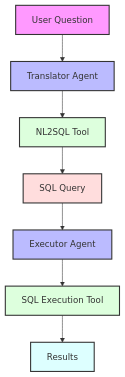
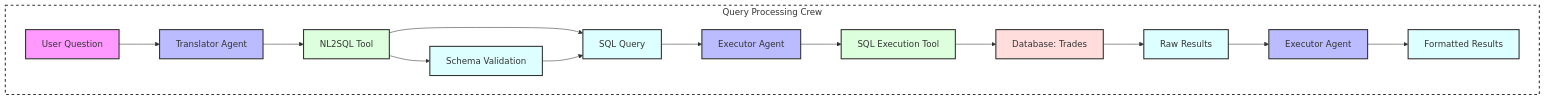
The third of 3 diagrams in README.md (wrdhall3/data-quality-agentic-crew-ai), drawn with Mermaid before and after one commit. The commit also changed other lines of this file, not shown here.

````diff
--- a/README.md
+++ b/README.md
@@ -131,17 +150,31 @@
 ```mermaid
 graph TD
-    A[User Question] --> B[Translator Agent]
-    B --> C[NL2SQL Tool]
-    C --> D[SQL Query]
-    D --> E[Executor Agent]
-    E --> F[SQL Execution Tool]
-    F --> G[Results]
+    subgraph Crew[Query Processing Crew]
+        A[User Question] --> B[Translator Agent]
+        B --> C[NL2SQL Tool]
+        C --> D[SQL Query]
+        D --> E[Executor Agent]
+        E --> F[SQL Execution Tool]
+        F --> G[Database: Trades]
+        G --> H[Raw Results]
+        H --> I[Executor Agent]
+        I --> J[Formatted Results]
+        
+        %% Additional flows
+        C --> K[Schema Validation]
+        K --> D
+    end
     
     style A fill:#f9f,stroke:#333,stroke-width:2px
     style B fill:#bbf,stroke:#333,stroke-width:2px
     style C fill:#dfd,stroke:#333,stroke-width:2px
-    style D fill:#fdd,stroke:#333,stroke-width:2px
+    style D fill:#dff,stroke:#333,stroke-width:2px
     style E fill:#bbf,stroke:#333,stroke-width:2px
     style F fill:#dfd,stroke:#333,stroke-width:2px
-    style G fill:#dff,stroke:#333,stroke-width:2px
+    style G fill:#fdd,stroke:#333,stroke-width:2px
+    style H fill:#dff,stroke:#333,stroke-width:2px
+    style I fill:#bbf,stroke:#333,stroke-width:2px
+    style J fill:#dff,stroke:#333,stroke-width:2px
+    style K fill:#dff,stroke:#333,stroke-width:2px
+    style Crew fill:#fff,stroke:#333,stroke-width:2px,stroke-dasharray: 5 5
 ```
````
